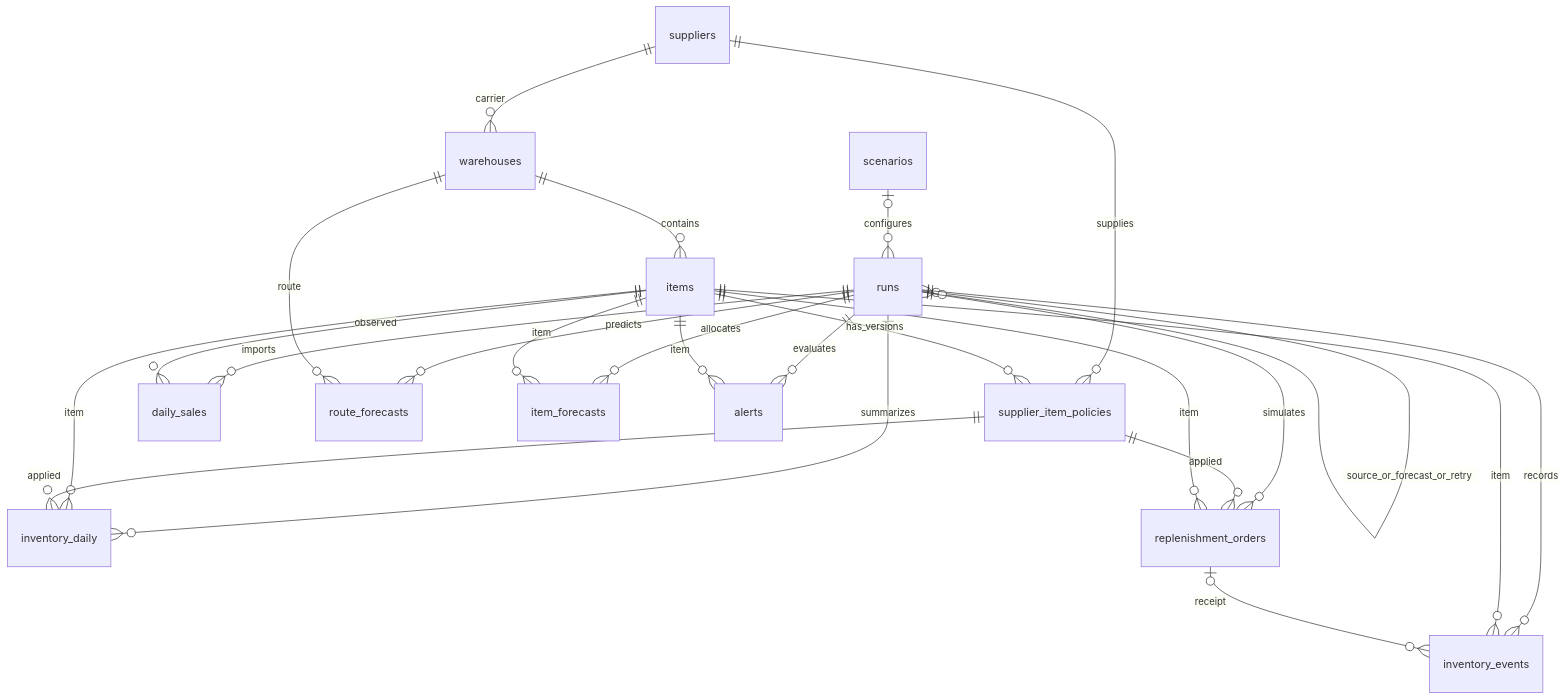
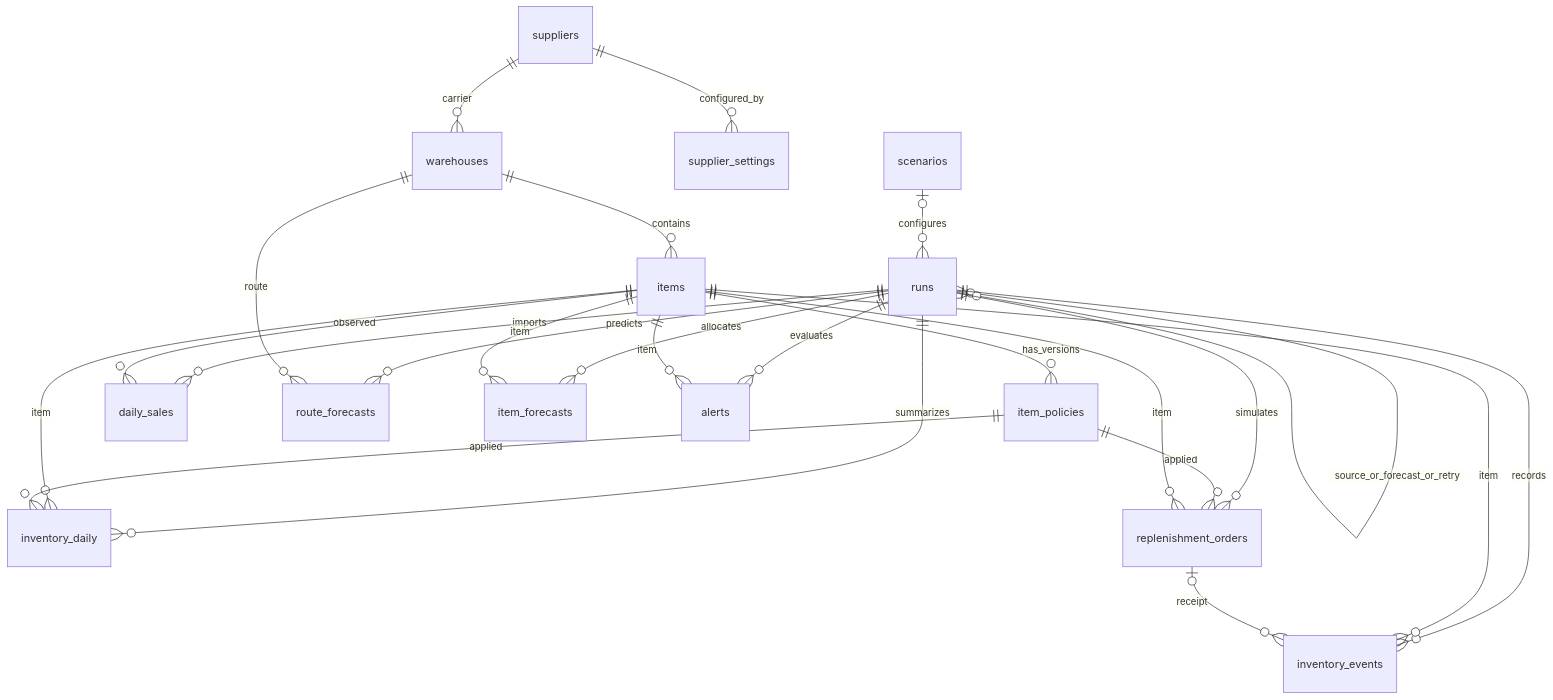
One commit to khanhnguyenpham/Sigma changed the diagram in M3/docs/02-data-model.md. Above: the diagram before and after it, drawn with Mermaid. The commit also changed other lines of this file and 24 other files, not shown here.

````diff
--- a/M3/docs/02-data-model.md
+++ b/M3/docs/02-data-model.md
@@ -133,26 +135,26 @@
 ```mermaid
 erDiagram
     suppliers ||--o{ warehouses : carrier
     warehouses ||--o{ items : contains
-    suppliers ||--o{ supplier_item_policies : supplies
-    items ||--o{ supplier_item_policies : has_versions
+    suppliers ||--o{ supplier_settings : configured_by
+    items ||--o{ item_policies : has_versions
     scenarios o|--o{ runs : configures
     runs o|--o{ runs : source_or_forecast_or_retry
     runs ||--o{ daily_sales : imports
     items ||--o{ daily_sales : observed
     runs ||--o{ route_forecasts : predicts
     warehouses ||--o{ route_forecasts : route
     runs ||--o{ item_forecasts : allocates
     items ||--o{ item_forecasts : item
     runs ||--o{ inventory_events : records
     items ||--o{ inventory_events : item
     runs ||--o{ inventory_daily : summarizes
     items ||--o{ inventory_daily : item
-    supplier_item_policies ||--o{ inventory_daily : applied
+    item_policies ||--o{ inventory_daily : applied
     runs ||--o{ replenishment_orders : simulates
-    supplier_item_policies ||--o{ replenishment_orders : applied
+    item_policies ||--o{ replenishment_orders : applied
     items ||--o{ replenishment_orders : item
     replenishment_orders o|--o{ inventory_events : receipt
     runs ||--o{ alerts : evaluates
     items ||--o{ alerts : item
 ```
````
